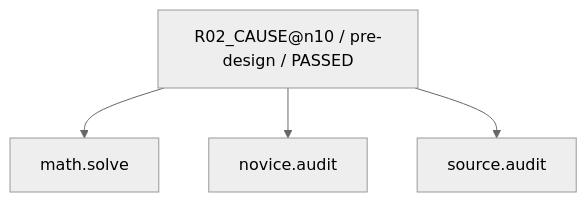
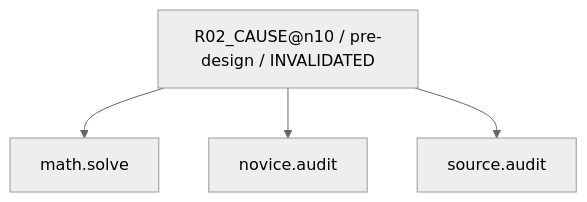
Diagram 13 of 30 in work/items/W-MATH-034-n09-n10-guided-design/generated/CAPABILITY_FIRE_DIAGRAM.md (rrikunagasige-dot/kyotsu-step-web), drawn with Mermaid (neutral theme) before and after one commit. The commit also changed other lines of this file and 266 other files, not shown here.

````diff
--- a/work/items/W-MATH-034-n09-n10-guided-design/generated/CAPABILITY_FIRE_DIAGRAM.md
+++ b/work/items/W-MATH-034-n09-n10-guided-design/generated/CAPABILITY_FIRE_DIAGRAM.md
@@ -209,10 +209,10 @@
 ```mermaid
 flowchart TD
-  N0["R02_CAUSE@n10 / pre-design / PASSED"]
+  N0["R02_CAUSE@n10 / pre-design / INVALIDATED"]
   N1["source.audit"]
   N2["novice.audit"]
   N3["math.solve"]
   N0 --> N3
   N0 --> N2
   N0 --> N1
 ```
````
